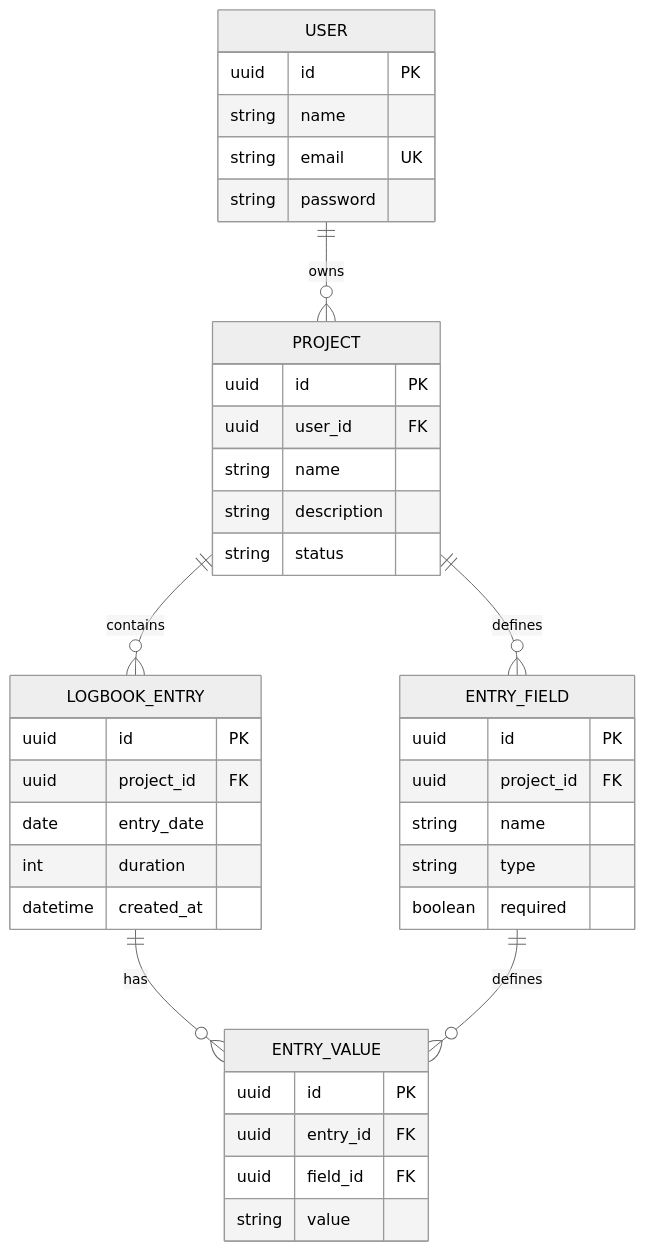
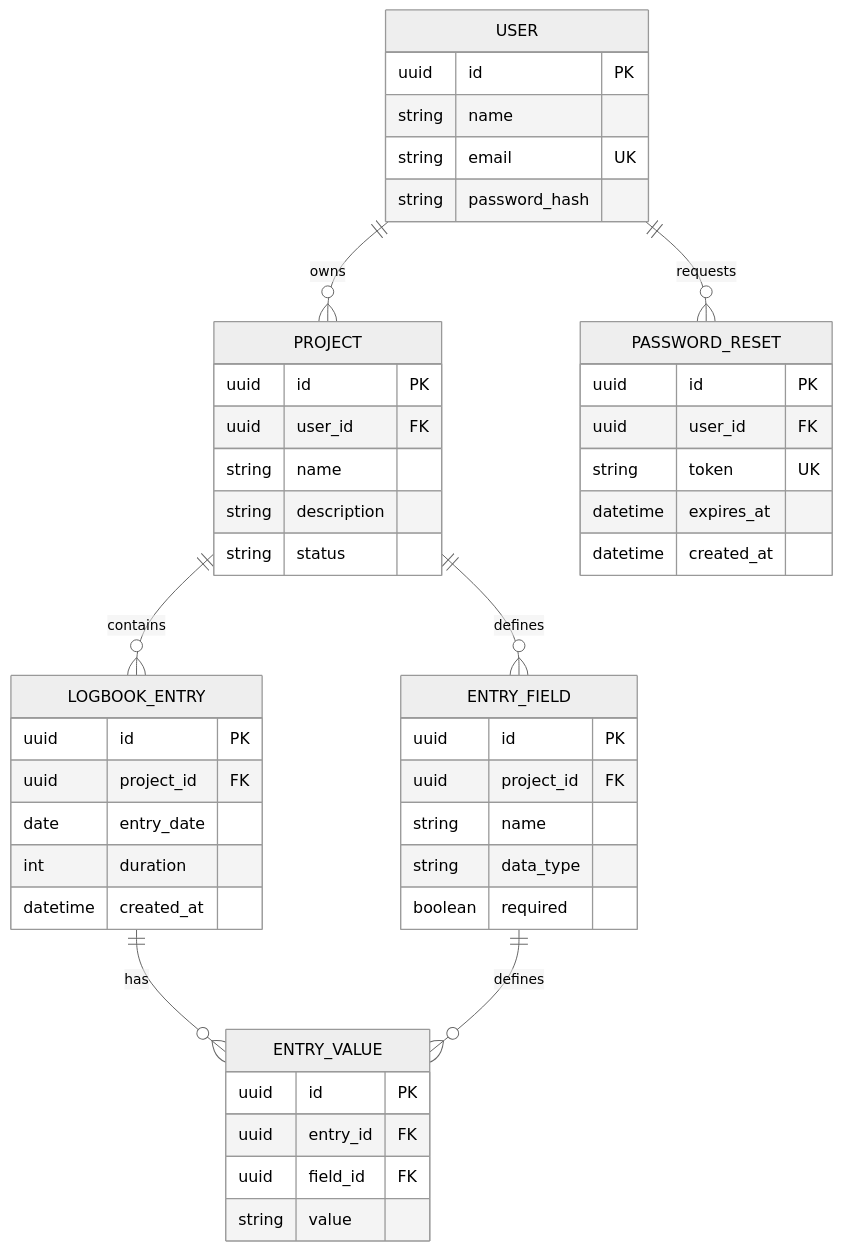
Before and after one commit to DiMpho-20/coms3011a-logbook-digital-logbook: the diagram in docs/design/database-erd.md, drawn with Mermaid (neutral theme). The commit also changed other lines of this file and 1 other file, not shown here.

Commit message:
docs: update database ERD and UI design with wireframe/mockup links

````diff
--- a/docs/design/database-erd.md
+++ b/docs/design/database-erd.md
@@ -8,46 +23,55 @@
 ```mermaid
 erDiagram
     USER ||--o{ PROJECT : owns
+    USER ||--o{ PASSWORD_RESET : requests
     PROJECT ||--o{ ENTRY_FIELD : defines
     PROJECT ||--o{ LOGBOOK_ENTRY : contains
     LOGBOOK_ENTRY ||--o{ ENTRY_VALUE : has
     ENTRY_FIELD ||--o{ ENTRY_VALUE : defines
 
     USER {
         uuid id PK
         string name
         string email UK
-        string password
+        string password_hash
     }
 
     PROJECT {
         uuid id PK
         uuid user_id FK
         string name
         string description
         string status
     }
 
     ENTRY_FIELD {
         uuid id PK
         uuid project_id FK
         string name
-        string type
+        string data_type
         boolean required
     }
 
     LOGBOOK_ENTRY {
         uuid id PK
         uuid project_id FK
         date entry_date
         int duration
         datetime created_at
     }
 
     ENTRY_VALUE {
         uuid id PK
         uuid entry_id FK
         uuid field_id FK
         string value
     }
+
+    PASSWORD_RESET {
+        uuid id PK
+        uuid user_id FK
+        string token UK
+        datetime expires_at
+        datetime created_at
+    }
 ```
````
